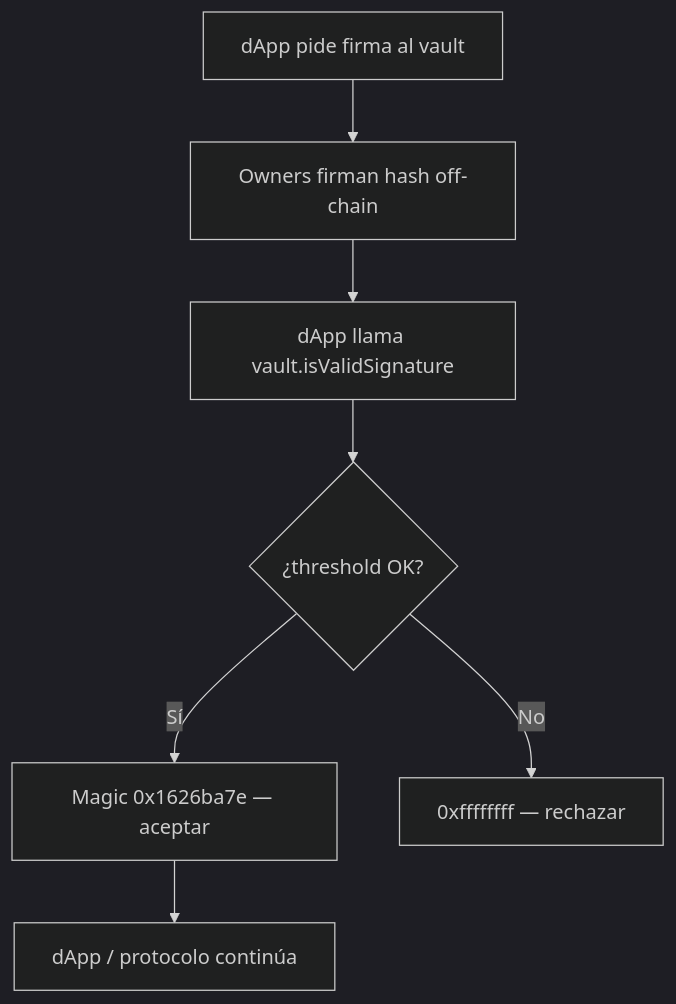
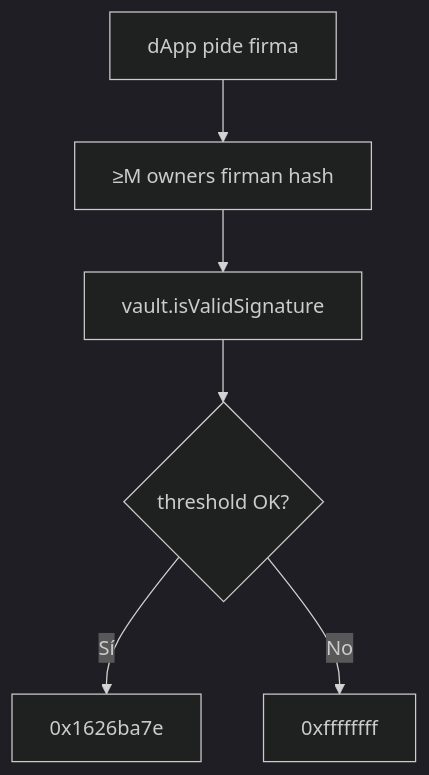
One commit to rastrahm/institutional-custody-mpc changed the fourth of 6 diagrams in doc/flujograma.md. Above: the diagram before and after it, drawn with Mermaid (dark theme). The commit also changed other lines of this file and 12 other files, not shown here.

````diff
--- a/doc/flujograma.md
+++ b/doc/flujograma.md
@@ -88,9 +81,8 @@
 ```mermaid
 flowchart TD
-    A[dApp pide firma al vault] --> B[Owners firman hash off-chain]
-    B --> C[dApp llama vault.isValidSignature]
-    C --> D{¿threshold OK?}
-    D -->|Sí| E[Magic 0x1626ba7e — aceptar]
-    D -->|No| F[0xffffffff — rechazar]
-    E --> G[dApp / protocolo continúa]
+    A[dApp pide firma] --> B[≥M owners firman hash]
+    B --> C[vault.isValidSignature]
+    C --> D{threshold OK?}
+    D -->|Sí| E[0x1626ba7e]
+    D -->|No| F[0xffffffff]
 ```
````
